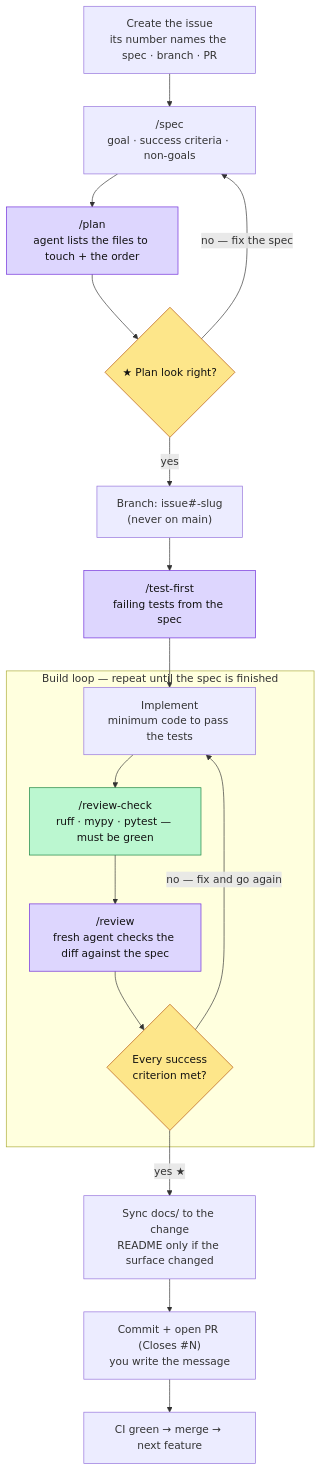
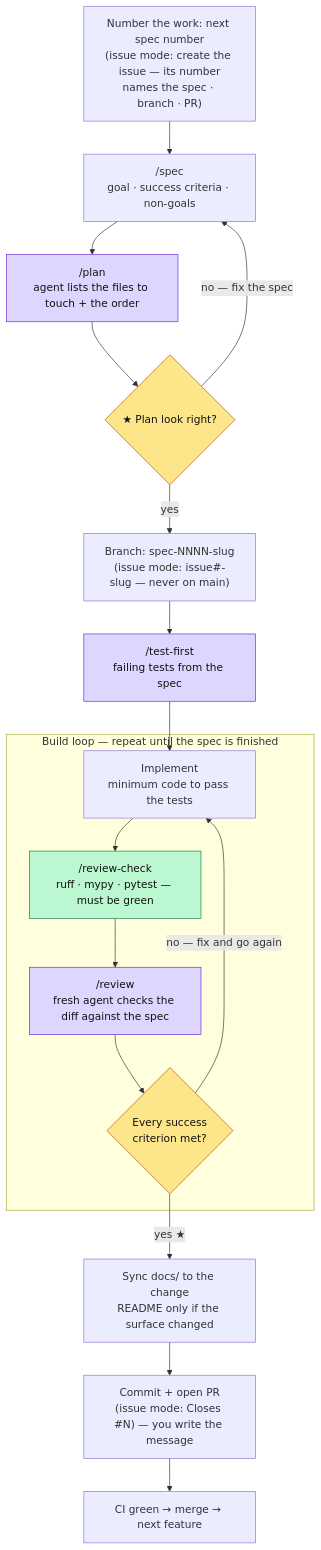
One commit to bbirkinbine/agentic-scaffold changed the third of 6 diagrams in python/docs/workflow-diagram.md. Above: the diagram before and after it, drawn with Mermaid. The commit also changed other lines of this file and 13 other files, not shown here.

First line of the commit message:
Make the Stop gate default; demote issue-first to opt-in issue mode

````diff
--- a/python/docs/workflow-diagram.md
+++ b/python/docs/workflow-diagram.md
@@ -117,30 +117,30 @@
 ```mermaid
 flowchart TD
-    ISS["Create the issue<br/>its number names the spec · branch · PR"]
+    ISS["Number the work: next spec number<br/>(issue mode: create the issue — its number<br/>names the spec · branch · PR)"]
     ISS --> SPEC["/spec<br/>goal · success criteria · non-goals"]
     SPEC --> PLAN["/plan<br/>agent lists the files to touch + the order"]
     PLAN --> OK1{"★ Plan look right?"}
     OK1 -->|"no — fix the spec"| SPEC
-    OK1 -->|yes| BR["Branch: issue#-slug<br/>(never on main)"]
+    OK1 -->|yes| BR["Branch: spec-NNNN-slug<br/>(issue mode: issue#-slug — never on main)"]
     BR --> TF["/test-first<br/>failing tests from the spec"]
     TF --> IMPL
 
     subgraph LOOP["Build loop — repeat until the spec is finished"]
       IMPL["Implement<br/>minimum code to pass the tests"]
       IMPL --> CHK["/review-check<br/>ruff · mypy · pytest — must be green"]
       CHK --> REV["/review<br/>fresh agent checks the diff against the spec"]
       REV --> DONE{"Every success<br/>criterion met?"}
       DONE -->|"no — fix and go again"| IMPL
     end
 
     DONE -->|"yes ★"| DOCS["Sync docs/ to the change<br/>README only if the surface changed"]
-    DOCS --> SHIP["Commit + open PR (Closes #N)<br/>you write the message"]
+    DOCS --> SHIP["Commit + open PR<br/>(issue mode: Closes #N) — you write the message"]
     SHIP --> MERGE["CI green → merge → next feature"]
 
     classDef checkpoint fill:#fde68a,stroke:#b45309,color:#111;
     classDef gate fill:#bbf7d0,stroke:#15803d,color:#111;
     classDef subagent fill:#ddd6fe,stroke:#6d28d9,color:#111;
     class OK1,DONE checkpoint;
     class CHK gate;
     class PLAN,TF,REV subagent;
 ```
````
